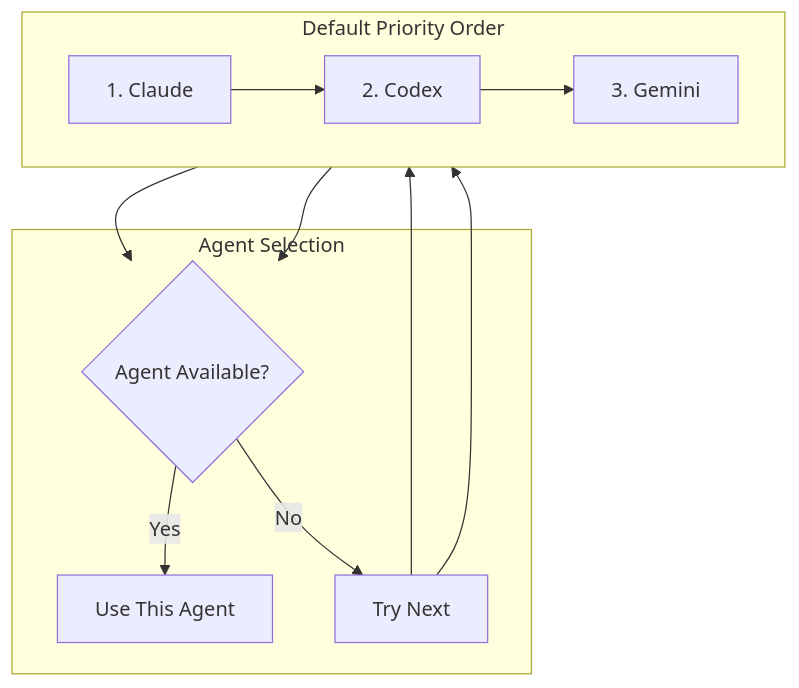
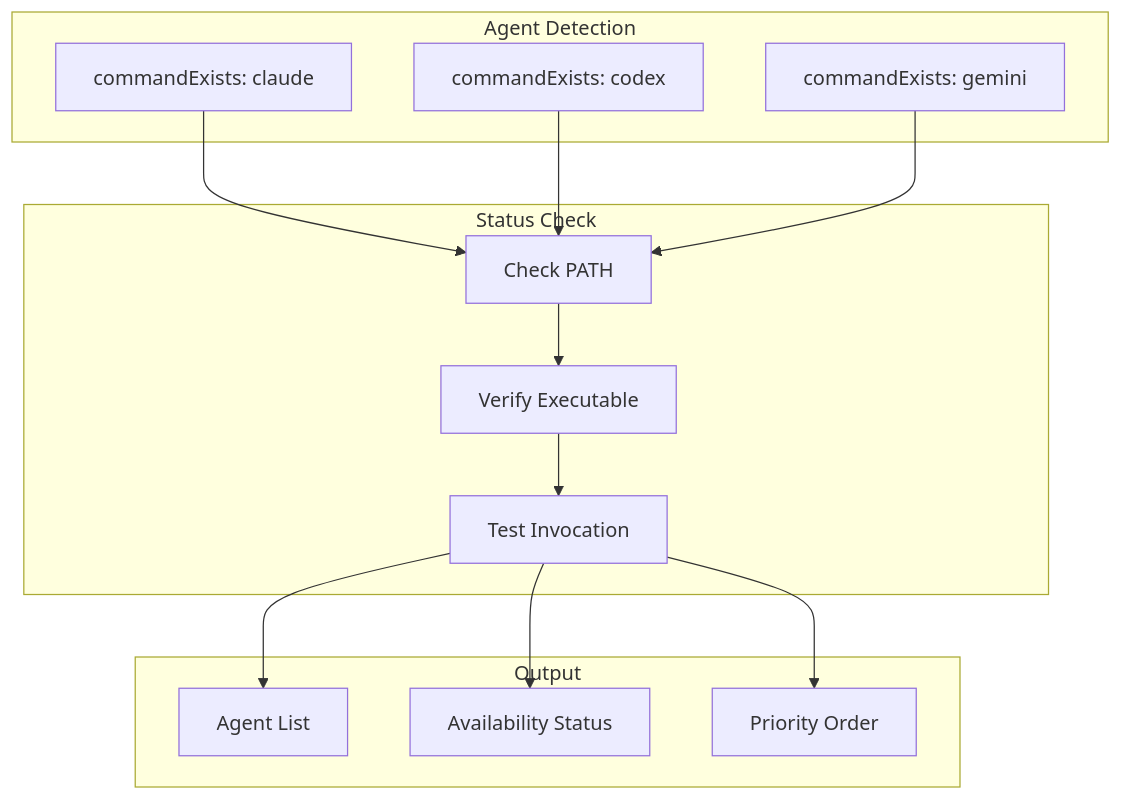
Before and after one commit to jerejones/agent-foreman: the second of 3 diagrams in docs/commands/agents.md, drawn with Mermaid. The commit also changed other lines of this file and 379 other files, not shown here.

````diff
--- a/docs/commands/agents.md
+++ b/docs/commands/agents.md
@@ -47,18 +34,31 @@
 ```mermaid
-flowchart TD
-    subgraph Priority["Default Priority Order"]
-        direction LR
-        P1[1. Claude] --> P2[2. Codex] --> P3[3. Gemini]
+graph TB
+    subgraph Detection["Agent Detection"]
+        A1[commandExists: claude]
+        A2[commandExists: codex]
+        A3[commandExists: gemini]
     end
 
-    subgraph Selection["Agent Selection"]
-        CheckAvailable{Agent Available?}
-        CheckAvailable -->|Yes| UseAgent[Use This Agent]
-        CheckAvailable -->|No| NextAgent[Try Next]
+    subgraph Status["Status Check"]
+        B1[Check PATH]
+        B2[Verify Executable]
+        B3[Test Invocation]
     end
 
-    P1 --> CheckAvailable
-    NextAgent --> P2
-    P2 --> CheckAvailable
-    NextAgent --> P3
+    subgraph Output
+        C1[Agent List]
+        C2[Availability Status]
+        C3[Priority Order]
+    end
+
+    A1 --> B1
+    A2 --> B1
+    A3 --> B1
+
+    B1 --> B2
+    B2 --> B3
+
+    B3 --> C1
+    B3 --> C2
+    B3 --> C3
 ```
````
